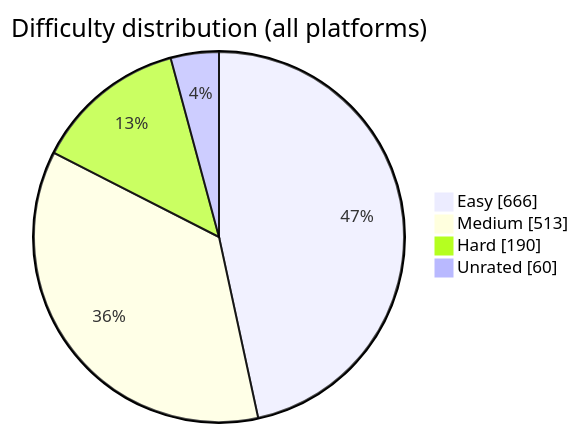
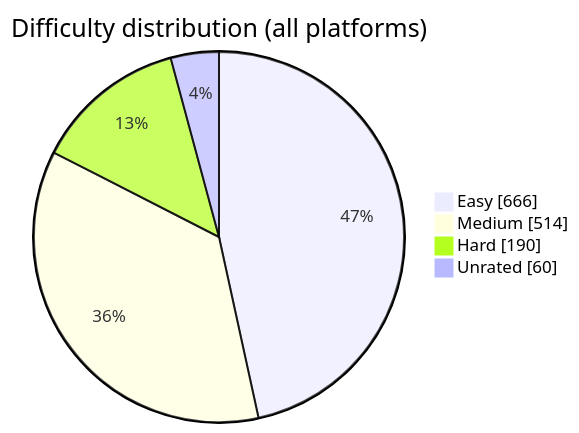
Before and after one commit to BuildbyArindam/Daily-Coding-Log: the diagram in README.md, drawn with Mermaid. The commit also changed other lines of this file, not shown here.

````diff
--- a/README.md
+++ b/README.md
@@ -93,7 +93,7 @@
 ```mermaid
 pie showData title Difficulty distribution (all platforms)
     "Easy" : 666
-    "Medium" : 513
+    "Medium" : 514
     "Hard" : 190
     "Unrated" : 60
 ```
````
